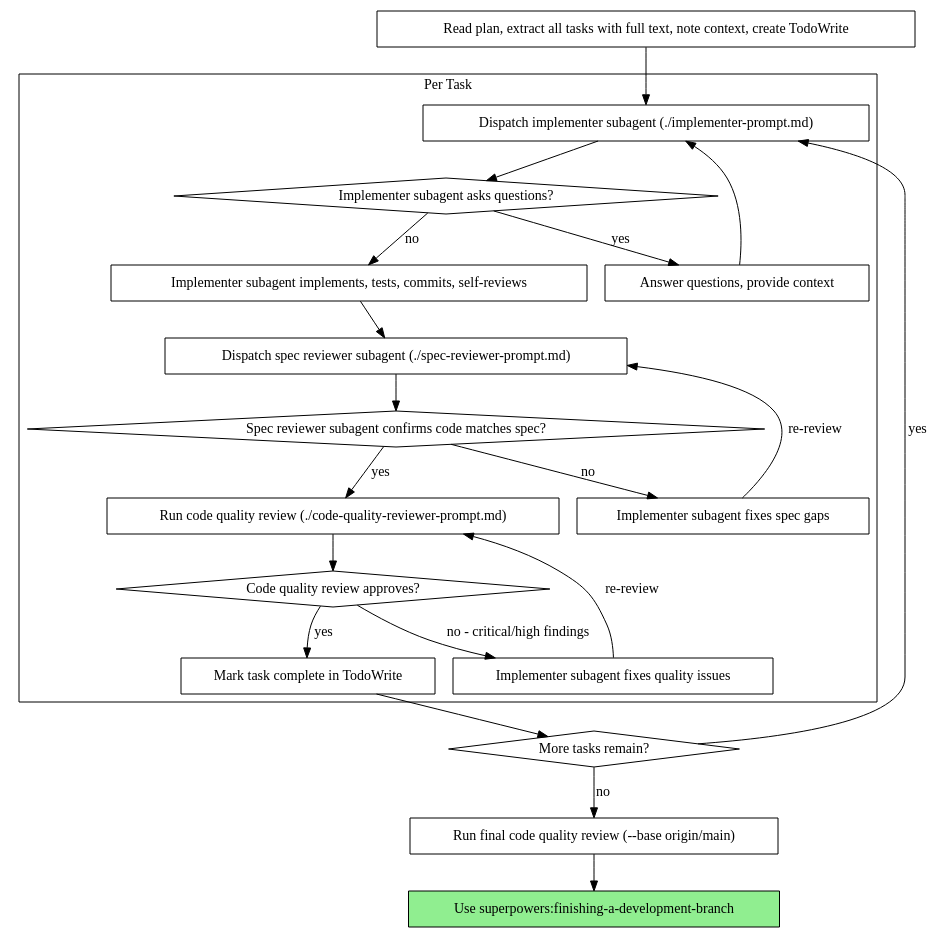
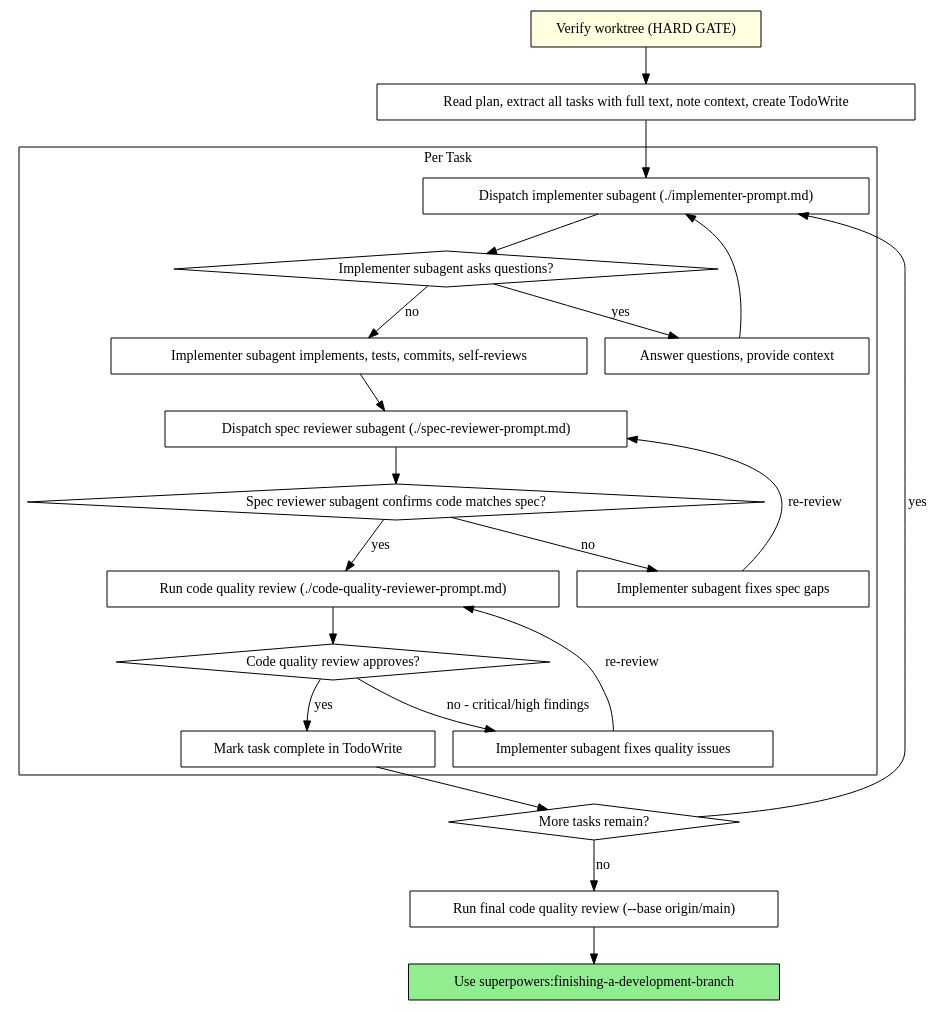
One commit to syi0808/superpowers changed the diagram in skills/subagent-driven-development/SKILL.md. Above: the diagram before and after it, drawn with Graphviz. The commit also changed other lines of this file and 4 other files, not shown here.

````diff
--- a/skills/subagent-driven-development/SKILL.md
+++ b/skills/subagent-driven-development/SKILL.md
@@ -42,44 +26,47 @@
 ```dot
 digraph process {
     rankdir=TB;
+
+    "Verify worktree (HARD GATE)" [shape=box style=filled fillcolor=lightyellow];
+    "Read plan, extract all tasks with full text, note context, create TodoWrite" [shape=box];
 
     subgraph cluster_per_task {
         label="Per Task";
         "Dispatch implementer subagent (./implementer-prompt.md)" [shape=box];
         "Implementer subagent asks questions?" [shape=diamond];
         "Answer questions, provide context" [shape=box];
         "Implementer subagent implements, tests, commits, self-reviews" [shape=box];
         "Dispatch spec reviewer subagent (./spec-reviewer-prompt.md)" [shape=box];
         "Spec reviewer subagent confirms code matches spec?" [shape=diamond];
         "Implementer subagent fixes spec gaps" [shape=box];
         "Run code quality review (./code-quality-reviewer-prompt.md)" [shape=box];
         "Code quality review approves?" [shape=diamond];
         "Implementer subagent fixes quality issues" [shape=box];
         "Mark task complete in TodoWrite" [shape=box];
     }
 
-    "Read plan, extract all tasks with full text, note context, create TodoWrite" [shape=box];
     "More tasks remain?" [shape=diamond];
     "Run final code quality review (--base origin/main)" [shape=box];
     "Use superpowers:finishing-a-development-branch" [shape=box style=filled fillcolor=lightgreen];
 
+    "Verify worktree (HARD GATE)" -> "Read plan, extract all tasks with full text, note context, create TodoWrite";
     "Read plan, extract all tasks with full text, note context, create TodoWrite" -> "Dispatch implementer subagent (./implementer-prompt.md)";
     "Dispatch implementer subagent (./implementer-prompt.md)" -> "Implementer subagent asks questions?";
     "Implementer subagent asks questions?" -> "Answer questions, provide context" [label="yes"];
     "Answer questions, provide context" -> "Dispatch implementer subagent (./implementer-prompt.md)";
     "Implementer subagent asks questions?" -> "Implementer subagent implements, tests, commits, self-reviews" [label="no"];
     "Implementer subagent implements, tests, commits, self-reviews" -> "Dispatch spec reviewer subagent (./spec-reviewer-prompt.md)";
     "Dispatch spec reviewer subagent (./spec-reviewer-prompt.md)" -> "Spec reviewer subagent confirms code matches spec?";
     "Spec reviewer subagent confirms code matches spec?" -> "Implementer subagent fixes spec gaps" [label="no"];
     "Implementer subagent fixes spec gaps" -> "Dispatch spec reviewer subagent (./spec-reviewer-prompt.md)" [label="re-review"];
     "Spec reviewer subagent confirms code matches spec?" -> "Run code quality review (./code-quality-reviewer-prompt.md)" [label="yes"];
     "Run code quality review (./code-quality-reviewer-prompt.md)" -> "Code quality review approves?";
     "Code quality review approves?" -> "Implementer subagent fixes quality issues" [label="no - critical/high findings"];
     "Implementer subagent fixes quality issues" -> "Run code quality review (./code-quality-reviewer-prompt.md)" [label="re-review"];
     "Code quality review approves?" -> "Mark task complete in TodoWrite" [label="yes"];
     "Mark task complete in TodoWrite" -> "More tasks remain?";
     "More tasks remain?" -> "Dispatch implementer subagent (./implementer-prompt.md)" [label="yes"];
     "More tasks remain?" -> "Run final code quality review (--base origin/main)" [label="no"];
     "Run final code quality review (--base origin/main)" -> "Use superpowers:finishing-a-development-branch";
 }
 ```
````
